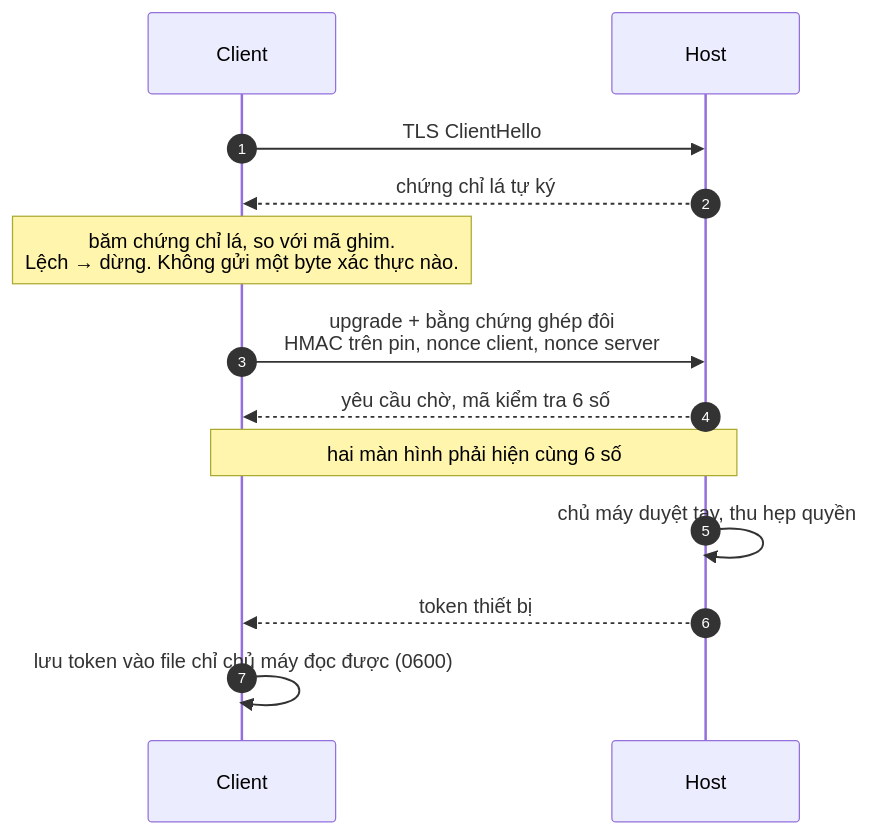
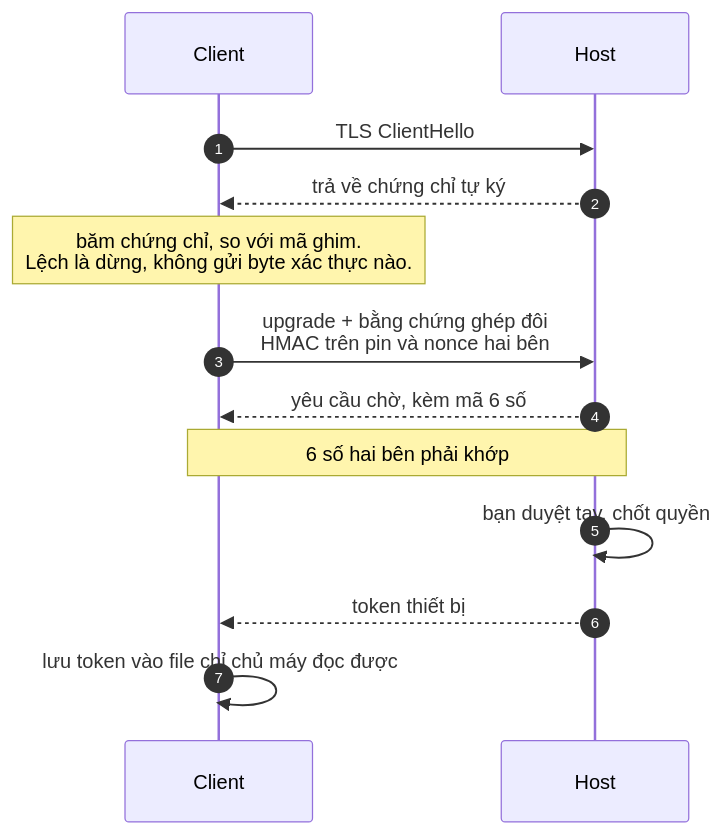
One commit to nesteacold/dsh-remote changed the fifth of 5 diagrams in README.vi.md. Above: the diagram before and after it, drawn with Mermaid. The commit also changed other lines of this file and 1 other file, not shown here.

````diff
--- a/README.vi.md
+++ b/README.vi.md
@@ -175,16 +172,16 @@
 ```mermaid
 sequenceDiagram
     autonumber
     participant C as Client
     participant H as Host
 
     C->>H: TLS ClientHello
-    H-->>C: chứng chỉ lá tự ký
-    Note over C: băm chứng chỉ lá, so với mã ghim.<br/>Lệch → dừng. Không gửi một byte xác thực nào.
-    C->>H: upgrade + bằng chứng ghép đôi<br/>HMAC trên pin, nonce client, nonce server
-    H-->>C: yêu cầu chờ, mã kiểm tra 6 số
-    Note over C,H: hai màn hình phải hiện cùng 6 số
-    H->>H: chủ máy duyệt tay, thu hẹp quyền
+    H-->>C: trả về chứng chỉ tự ký
+    Note over C: băm chứng chỉ, so với mã ghim.<br/>Lệch là dừng, không gửi byte xác thực nào.
+    C->>H: upgrade + bằng chứng ghép đôi<br/>HMAC trên pin và nonce hai bên
+    H-->>C: yêu cầu chờ, kèm mã 6 số
+    Note over C,H: 6 số hai bên phải khớp
+    H->>H: bạn duyệt tay, chốt quyền
     H-->>C: token thiết bị
-    C->>C: lưu token vào file chỉ chủ máy đọc được (0600)
+    C->>C: lưu token vào file chỉ chủ máy đọc được
 ```
````
